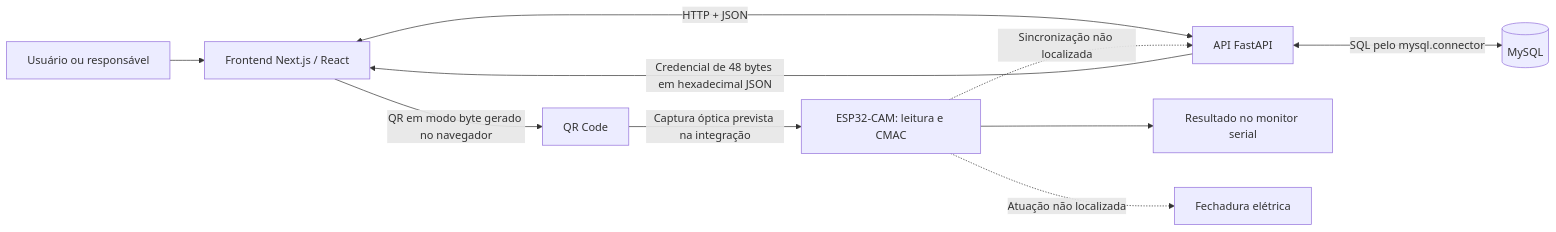
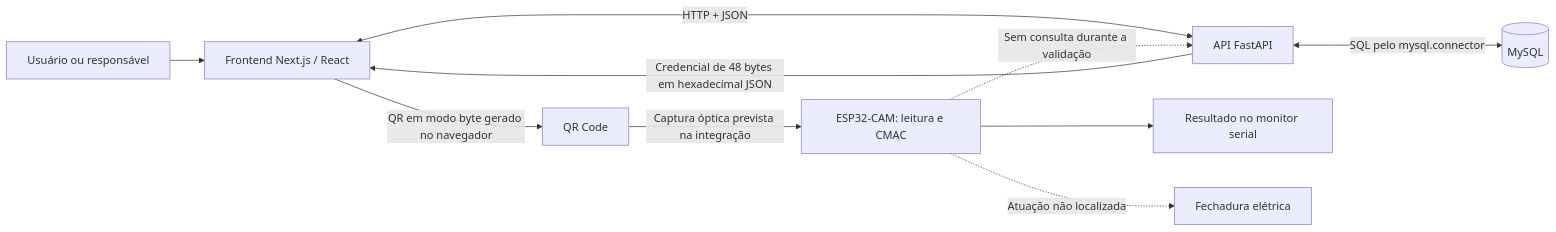
The first of 2 diagrams in docs/ARQUITETURA_E_ESTADO_DO_PROJETO.md (henriqueedu2001/flike-tcc), drawn with Mermaid before and after one commit. The commit also changed other lines of this file, not shown here.

````diff
--- a/docs/ARQUITETURA_E_ESTADO_DO_PROJETO.md
+++ b/docs/ARQUITETURA_E_ESTADO_DO_PROJETO.md
@@ -82,12 +81,12 @@
 ```mermaid
 flowchart LR
     U[Usuário ou responsável] --> F[Frontend Next.js / React]
     F <-->|HTTP + JSON| B[API FastAPI]
     B <-->|SQL pelo mysql.connector| D[(MySQL)]
     B -->|Credencial de 48 bytes em hexadecimal JSON| F
     F -->|QR em modo byte gerado no navegador| Q[QR Code]
     Q -->|Captura óptica prevista na integração| W[ESP32-CAM: leitura e CMAC]
     W --> S[Resultado no monitor serial]
     W -.->|Atuação não localizada| E[Fechadura elétrica]
-    W -.->|Sincronização não localizada| B
+    W -.->|Sem consulta durante a validação| B
 ```
````
